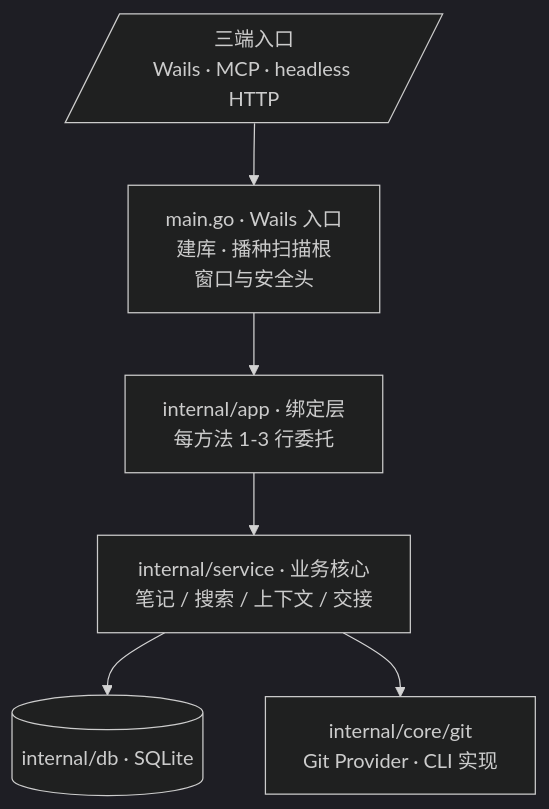
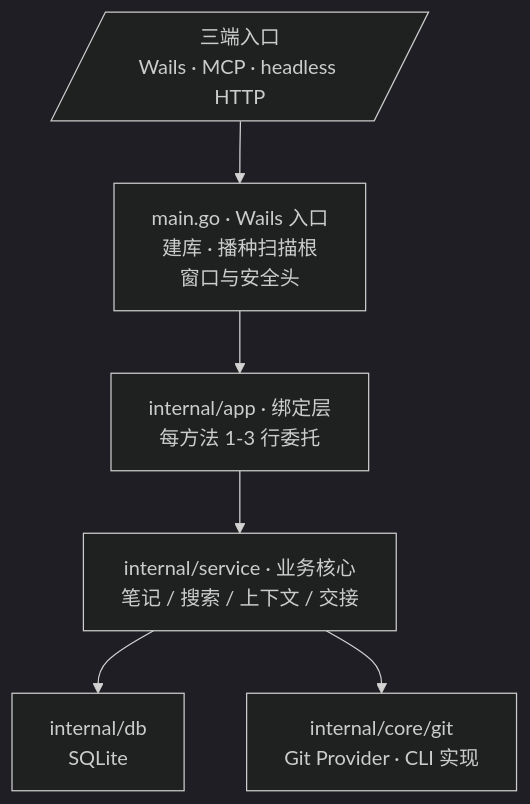
Before and after one commit to sky-jiangcheng/RepoNest: the first of 4 diagrams in docs/architecture.md, drawn with Mermaid (dark theme). The commit also changed other lines of this file and 8 other files, not shown here.

Commit message:
docs(diagrams): improve readability of dense architecture diagrams

````diff
--- a/docs/architecture.md
+++ b/docs/architecture.md
@@ -16,12 +16,12 @@
 ```mermaid
 flowchart TB
     ENTRY[/"三端入口<br/>Wails · MCP · headless HTTP"/]
     MAIN["main.go · Wails 入口<br/>建库 · 播种扫描根<br/>窗口与安全头"]
     APP["internal/app · 绑定层<br/>每方法 1-3 行委托"]
     SVC["internal/service · 业务核心<br/>笔记 / 搜索 / 上下文 / 交接"]
-    DB[(internal/db · SQLite)]
+    DB["internal/db<br/>SQLite"]
     GIT["internal/core/git<br/>Git Provider · CLI 实现"]
     ENTRY --> MAIN --> APP --> SVC
     SVC --> DB
     SVC --> GIT
 ```
````
